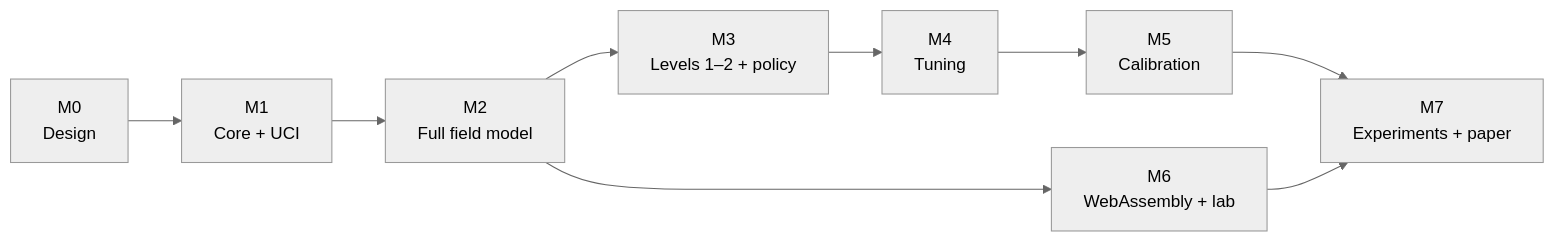
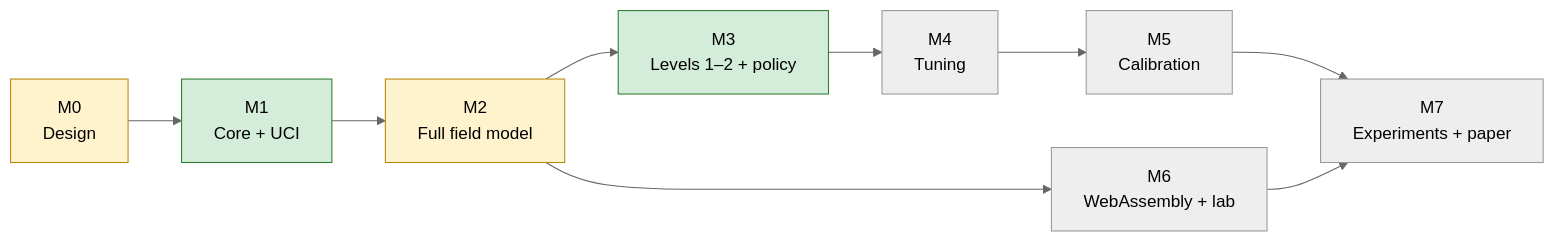
The diagram in docs/roadmap.md (sr2echa/Nabla), drawn with Mermaid (neutral theme) before and after one commit. The commit also changed other lines of this file and 7 other files, not shown here.

````diff
--- a/docs/roadmap.md
+++ b/docs/roadmap.md
@@ -10,11 +10,15 @@
 ```mermaid
 flowchart LR
     M0["M0<br/>Design"] --> M1["M1<br/>Core + UCI"]
     M1 --> M2["M2<br/>Full field model"]
     M2 --> M3["M3<br/>Levels 1–2 + policy"]
     M3 --> M4["M4<br/>Tuning"]
     M4 --> M5["M5<br/>Calibration"]
     M2 --> M6["M6<br/>WebAssembly + lab"]
     M5 --> M7["M7<br/>Experiments + paper"]
     M6 --> M7
+    classDef done fill:#d4edda,stroke:#2e7d32;
+    classDef partial fill:#fff3cd,stroke:#b8860b;
+    class M1,M3 done;
+    class M0,M2 partial;
 ```
````
